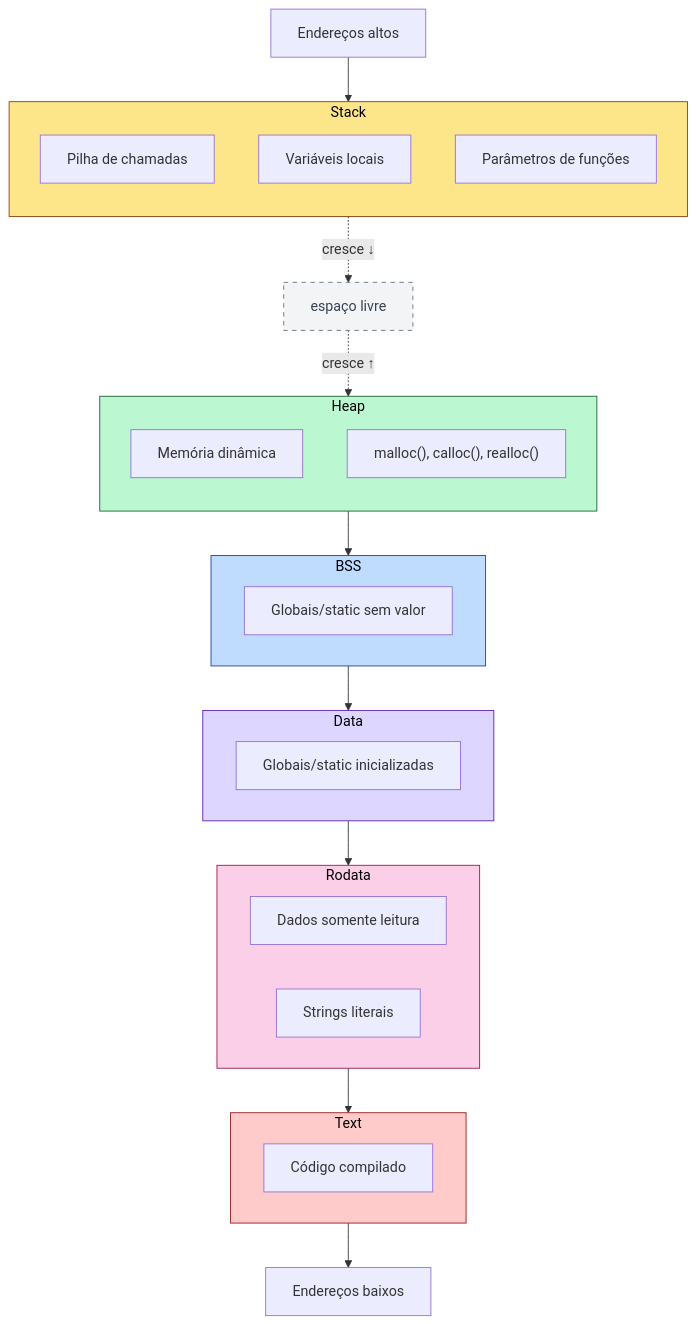
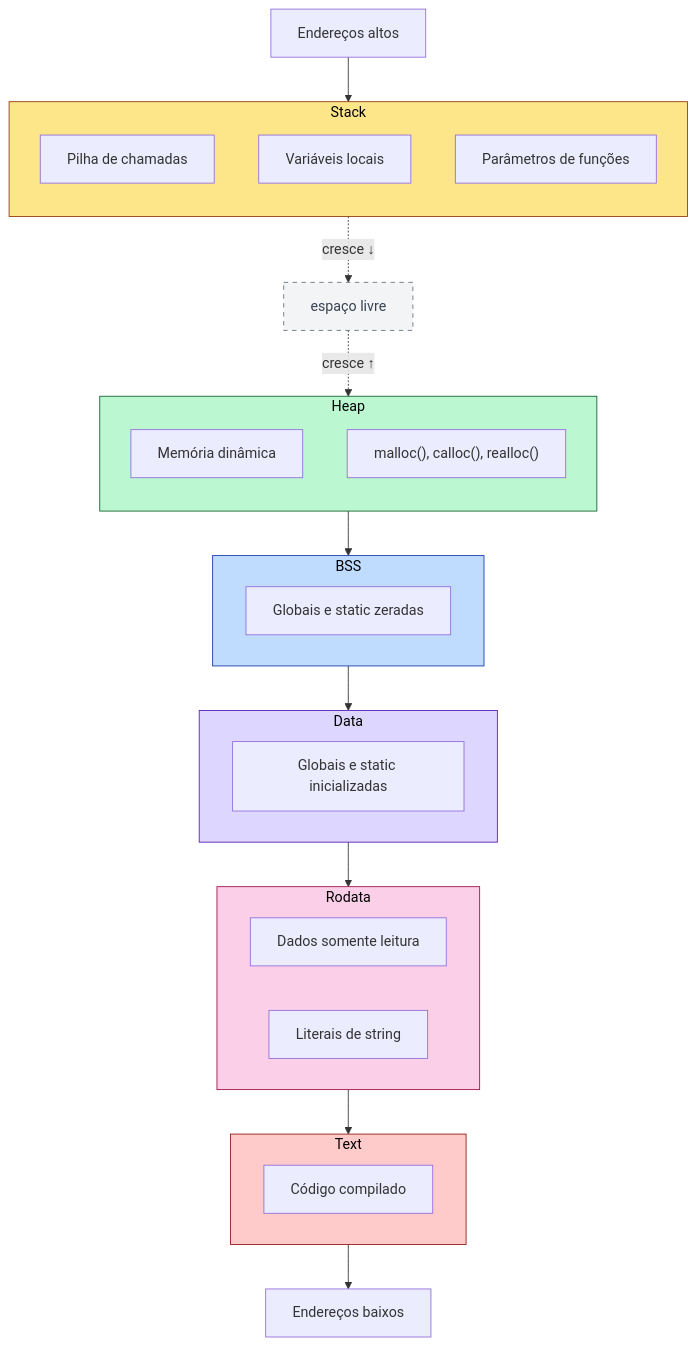
One commit to lcsgborges/dev-notes changed the first of 2 diagrams in docs/c/processos/memoria.md. Above: the diagram before and after it, drawn with Mermaid. The commit also changed other lines of this file and 30 other files, not shown here.

````diff
--- a/docs/c/processos/memoria.md
+++ b/docs/c/processos/memoria.md
@@ -14,51 +14,51 @@
 ```mermaid
 flowchart TB
     TOP["Endereços altos"]
-    
+
     subgraph STACK[" Stack "]
         direction TB
         S1["Pilha de chamadas"]
         S2["Variáveis locais"]
         S3["Parâmetros de funções"]
     end
-    
+
     FREE["espaço livre"]
-    
+
     subgraph HEAP[" Heap "]
         direction TB
         H1["Memória dinâmica"]
         H2["malloc(), calloc(), realloc()"]
     end
-    
+
     subgraph BSS[" BSS "]
-        B1["Globais/static sem valor"]
+        B1["Globais e static zeradas"]
     end
-    
+
     subgraph DATA[" Data "]
-        D1["Globais/static inicializadas"]
+        D1["Globais e static inicializadas"]
     end
-    
+
     subgraph RODATA[" Rodata "]
         R1["Dados somente leitura"]
-        R2["Strings literais"]
+        R2["Literais de string"]
     end
-    
+
     subgraph TEXT[" Text "]
         T1["Código compilado"]
     end
-    
+
     BOTTOM["Endereços baixos"]
 
     TOP --> STACK
     STACK -.->|"cresce ↓"| FREE
     FREE -.->|"cresce ↑"| HEAP
     HEAP --> BSS --> DATA --> RODATA --> TEXT --> BOTTOM
 
     style STACK fill:#fde68a,stroke:#92400e,color:#000
     style HEAP fill:#bbf7d0,stroke:#166534,color:#000
     style BSS fill:#bfdbfe,stroke:#1e40af,color:#000
     style DATA fill:#ddd6fe,stroke:#5b21b6,color:#000
     style RODATA fill:#fbcfe8,stroke:#9d174d,color:#000
     style TEXT fill:#fecaca,stroke:#991b1b,color:#000
     style FREE fill:#f3f4f6,stroke:#6b7280,color:#374151,stroke-dasharray: 5 5
 ```
````
